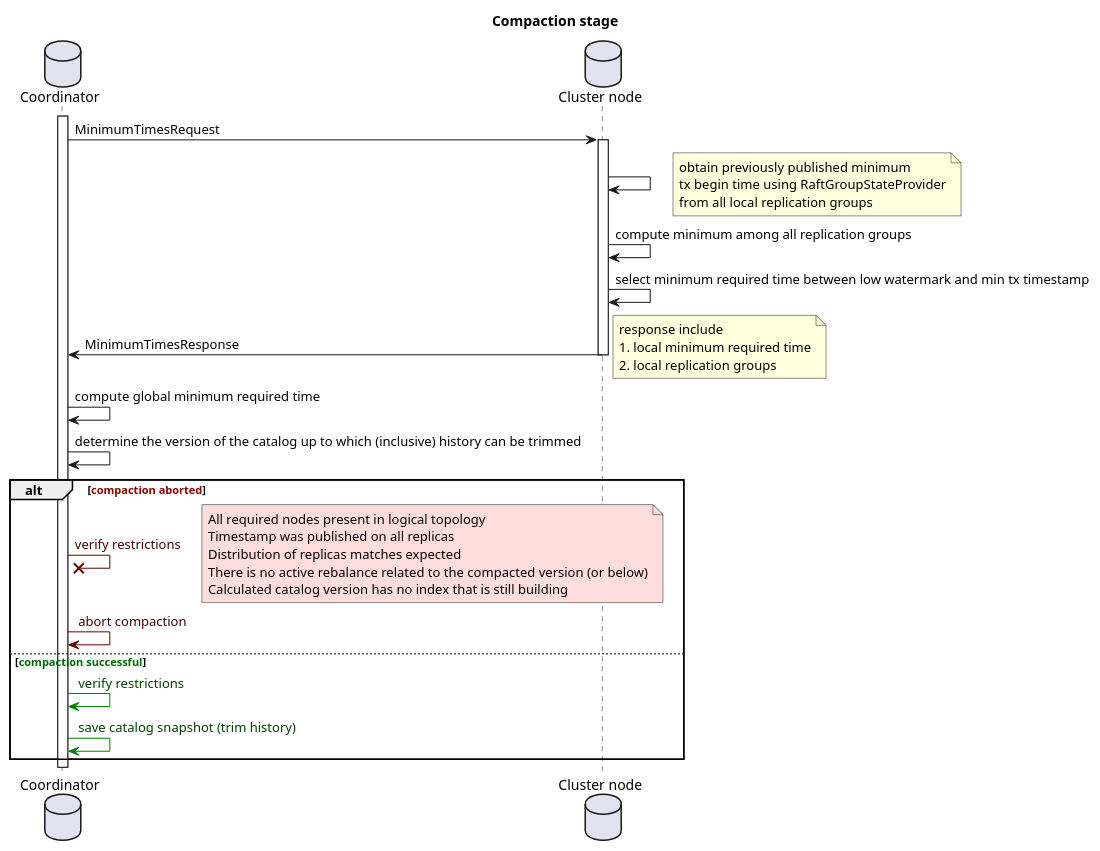
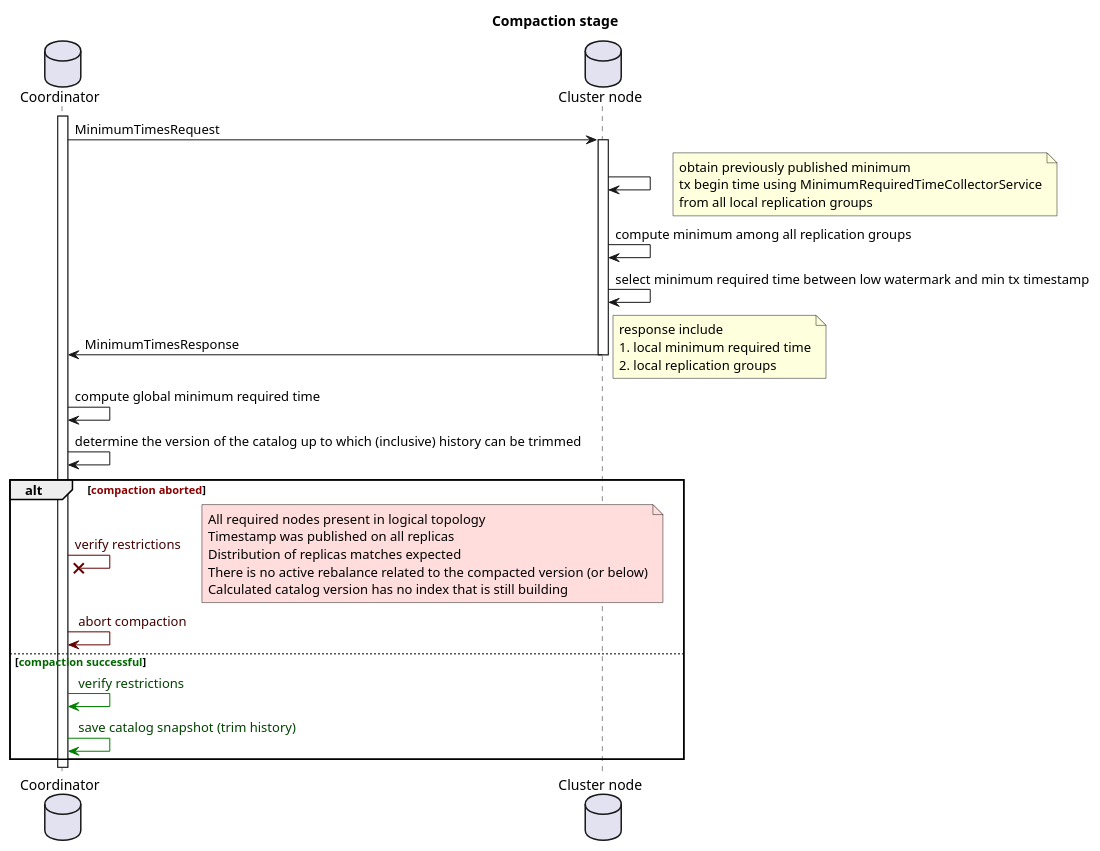
One commit to apache/ignite-3 changed the diagram in modules/catalog-compaction/tech-notes/compaction.puml. Above: the diagram before and after it, drawn with PlantUML. The commit also changed 5 other files, not shown here.

```diff
--- a/modules/catalog-compaction/tech-notes/compaction.puml
+++ b/modules/catalog-compaction/tech-notes/compaction.puml
@@ -1,41 +1,41 @@
 @startuml
 title Compaction stage
 
 database Coordinator as crd
 database "Cluster node" as node
 
 activate crd
 
 crd -> node ++ : MinimumTimesRequest
 node -> node
 note right
   obtain previously published minimum
-  tx begin time using RaftGroupStateProvider
+  tx begin time using MinimumRequiredTimeCollectorService
   from all local replication groups
 end note
 node -> node : compute minimum among all replication groups
 node -> node : select minimum required time between low watermark and min tx timestamp
 node -> crd -- : MinimumTimesResponse
 note right
   response include
   1. local minimum required time
   2. local replication groups
 end note
 crd -> crd : compute global minimum required time
 crd -> crd : determine the version of the catalog up to which (inclusive) history can be trimmed
 alt <font color="#880000">compaction aborted</font>
   crd -[#660000]x crd : <font color="#440000">verify restrictions
   note right #ffdddd
     All required nodes present in logical topology
     Timestamp was published on all replicas
     Distribution of replicas matches expected
     There is no active rebalance related to the compacted version (or below)
     Calculated catalog version has no index that is still building
   end note
   crd -[#660000]> crd : <font color="#440000"> abort compaction
 else <font color="#006600">compaction successful</font>
   crd -[#green]> crd : <font color="#004400"> verify restrictions
   crd -[#green]> crd : <font color="#004400"> save catalog snapshot (trim history)
 end
 
 @enduml
```
